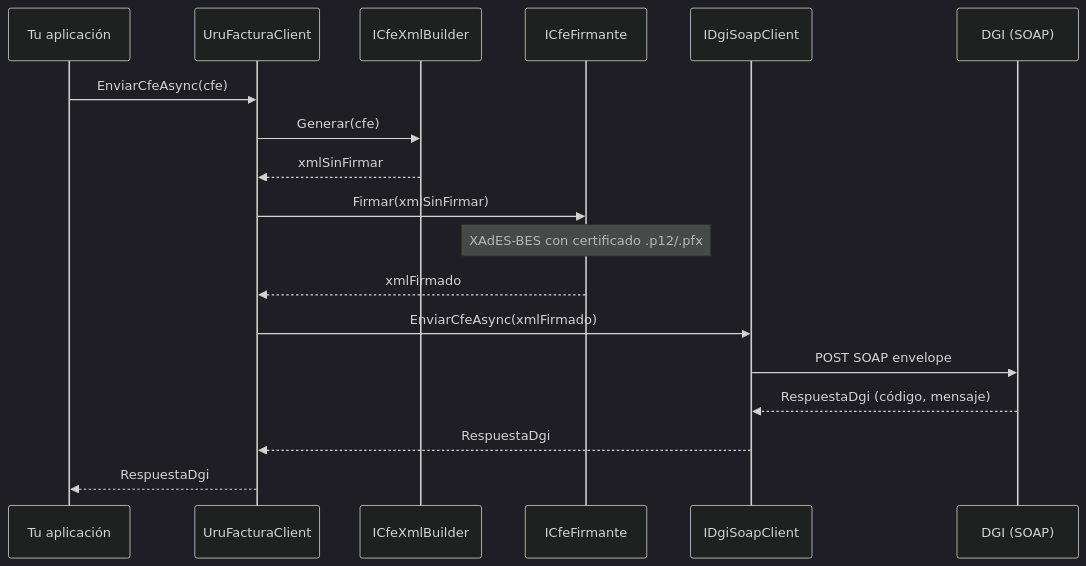
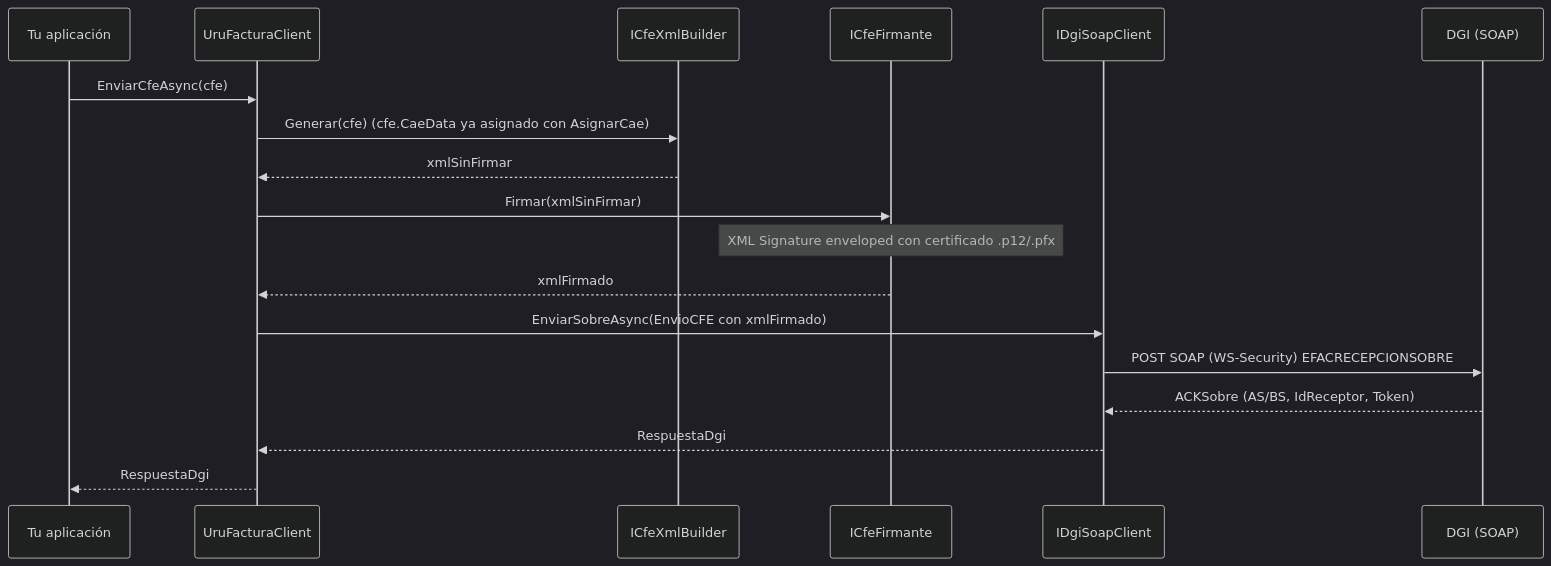
One commit to MathiasGonzalez/UruFactura changed the second of 7 diagrams in landing/src/content/docs/guides/workflows.mdx. Above: the diagram before and after it, drawn with Mermaid (dark theme). The commit also changed other lines of this file and 132 other files, not shown here.

First line of the commit message:
refactor: update README and SECURITY documentation for CFE and signature changes

````diff
--- a/landing/src/content/docs/guides/workflows.mdx
+++ b/landing/src/content/docs/guides/workflows.mdx
@@ -45,21 +47,21 @@
 ```mermaid
 sequenceDiagram
     participant App as Tu aplicación
     participant Client as UruFacturaClient
     participant Xml as ICfeXmlBuilder
     participant Firma as ICfeFirmante
     participant Soap as IDgiSoapClient
     participant DGI as DGI (SOAP)
 
     App->>Client: EnviarCfeAsync(cfe)
-    Client->>Xml: Generar(cfe)
+    Client->>Xml: Generar(cfe)  (cfe.CaeData ya asignado con AsignarCae)
     Xml-->>Client: xmlSinFirmar
     Client->>Firma: Firmar(xmlSinFirmar)
-    Note over Firma: XAdES-BES con certificado .p12/.pfx
+    Note over Firma: XML Signature enveloped con certificado .p12/.pfx
     Firma-->>Client: xmlFirmado
-    Client->>Soap: EnviarCfeAsync(xmlFirmado)
-    Soap->>DGI: POST SOAP envelope
-    DGI-->>Soap: RespuestaDgi (código, mensaje)
+    Client->>Soap: EnviarSobreAsync(EnvioCFE con xmlFirmado)
+    Soap->>DGI: POST SOAP (WS-Security) EFACRECEPCIONSOBRE
+    DGI-->>Soap: ACKSobre (AS/BS, IdReceptor, Token)
     Soap-->>Client: RespuestaDgi
     Client-->>App: RespuestaDgi
 ```
````
